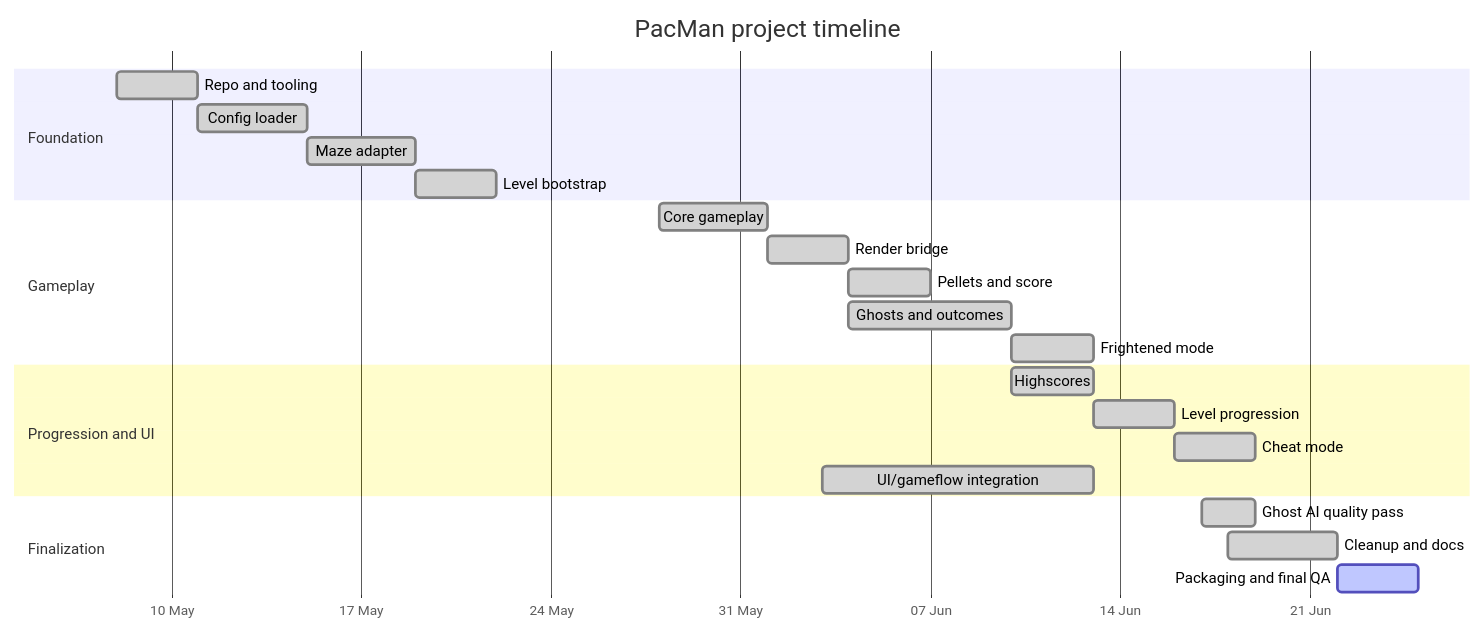
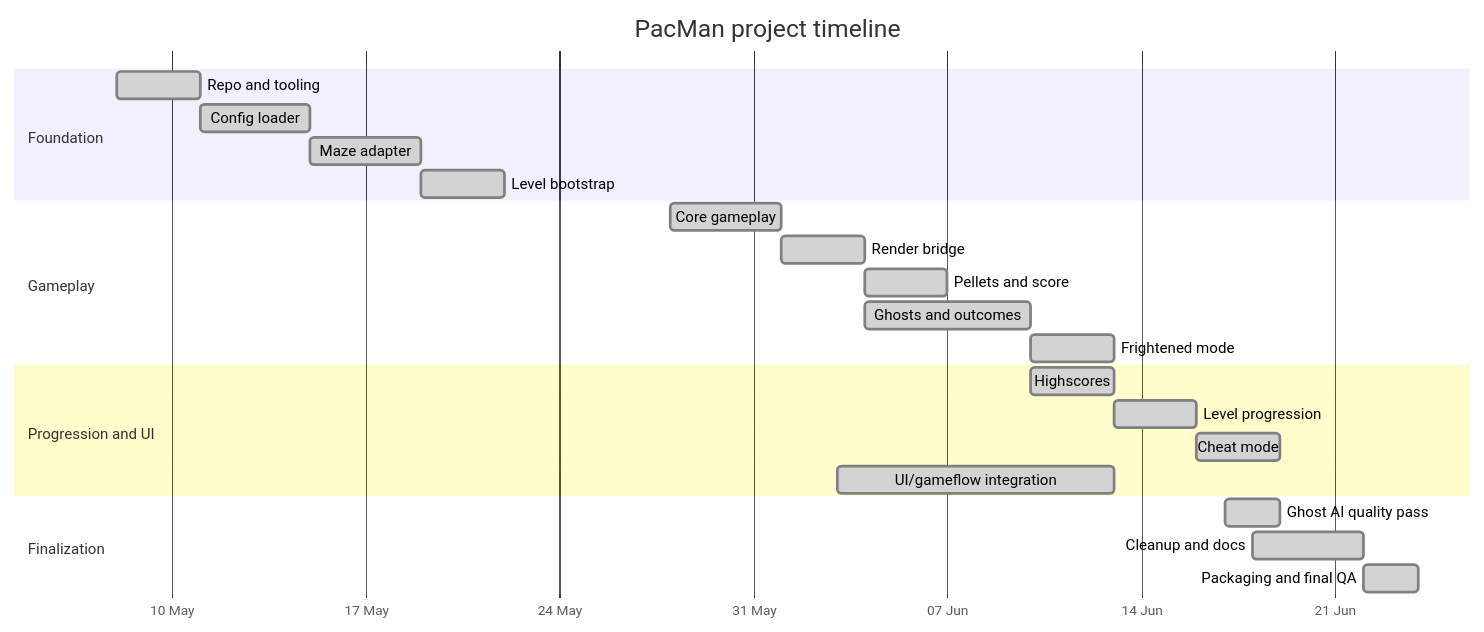
Before and after one commit to H42M/PacMan: the diagram in project_management/timeline.md, drawn with Mermaid. The commit also changed other lines of this file and 9 other files, not shown here.

````diff
--- a/project_management/timeline.md
+++ b/project_management/timeline.md
@@ -41,30 +43,30 @@
 ```mermaid
 gantt
     title PacMan project timeline
     dateFormat  YYYY-MM-DD
     axisFormat  %d %b
 
     section Foundation
     Repo and tooling              :done, m0, 2026-05-08, 3d
     Config loader                 :done, m1a, after m0, 4d
     Maze adapter                  :done, m1b, after m1a, 4d
     Level bootstrap               :done, m2a, after m1b, 3d
 
     section Gameplay
     Core gameplay                 :done, m2b, 2026-05-28, 4d
     Render bridge                 :done, m2c, after m2b, 3d
     Pellets and score             :done, m2d, after m2c, 3d
     Ghosts and outcomes           :done, m3, 2026-06-04, 6d
     Frightened mode               :done, m3b, after m3, 3d
 
     section Progression and UI
     Highscores                    :done, m5a, 2026-06-10, 3d
     Level progression             :done, m5b, after m5a, 3d
     Cheat mode                    :done, m5c, after m5b, 3d
     UI/gameflow integration       :done, m4, 2026-06-03, 10d
 
     section Finalization
     Ghost AI quality pass         :done, m6a, 2026-06-17, 2d
     Cleanup and docs              :done, m6b, 2026-06-18, 4d
-    Packaging and final QA        :active, m6c, after m6b, 3d
+    Packaging and final QA        :done, m6c, after m6b, 2d
 ```
````
